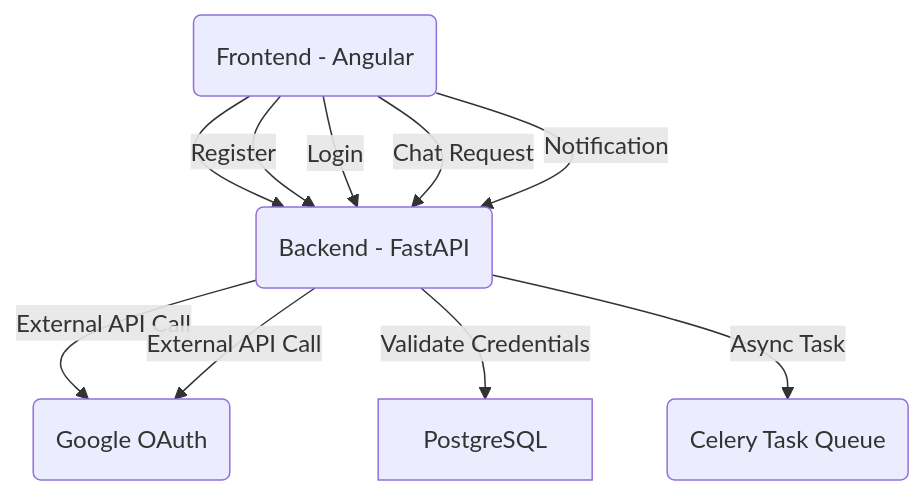
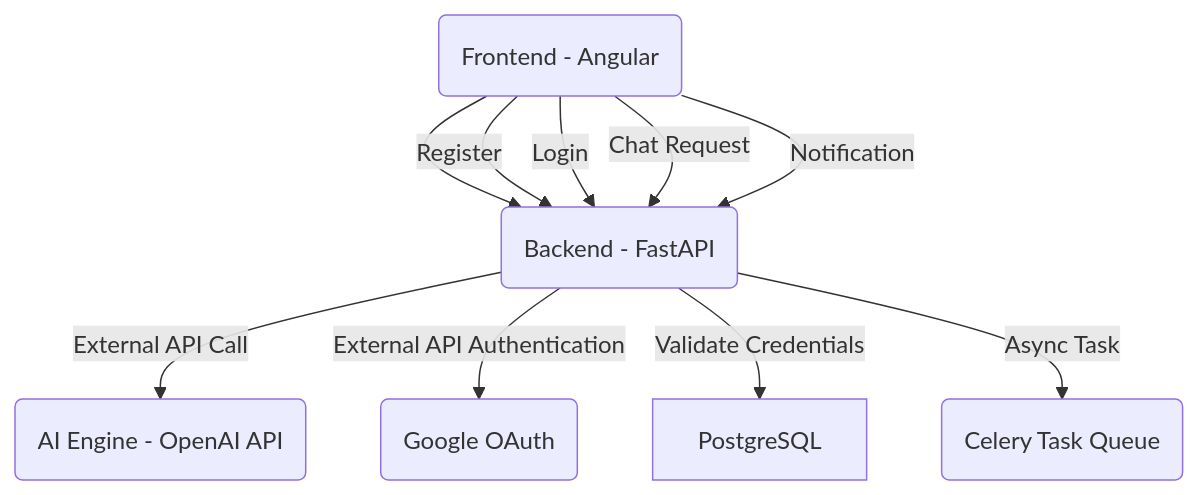
Before and after one commit to Joy-Ese/JayBank-Support-App: the diagram in mermaid.md, drawn with Mermaid.

````diff
--- a/mermaid.md
+++ b/mermaid.md
@@ -2,12 +2,12 @@
 ``` mermaid
 flowchart TD;
     FE("Frontend - Angular") --> BE("Backend - FastAPI")
     BE -->|External API Call| AI("AI Engine - OpenAI API")
-    BE -->|External API Call| AI("Google OAuth")
+    BE -->|External API Authentication| JWT("Google OAuth")
     FE -->|Register| BE
     FE -->|Login| BE
     FE -->|Chat Request| BE
     FE -->|Notification| BE
     BE -->|Validate Credentials| Database["PostgreSQL"]
     BE -->|Async Task| Queue("Celery Task Queue")
 ```
````
